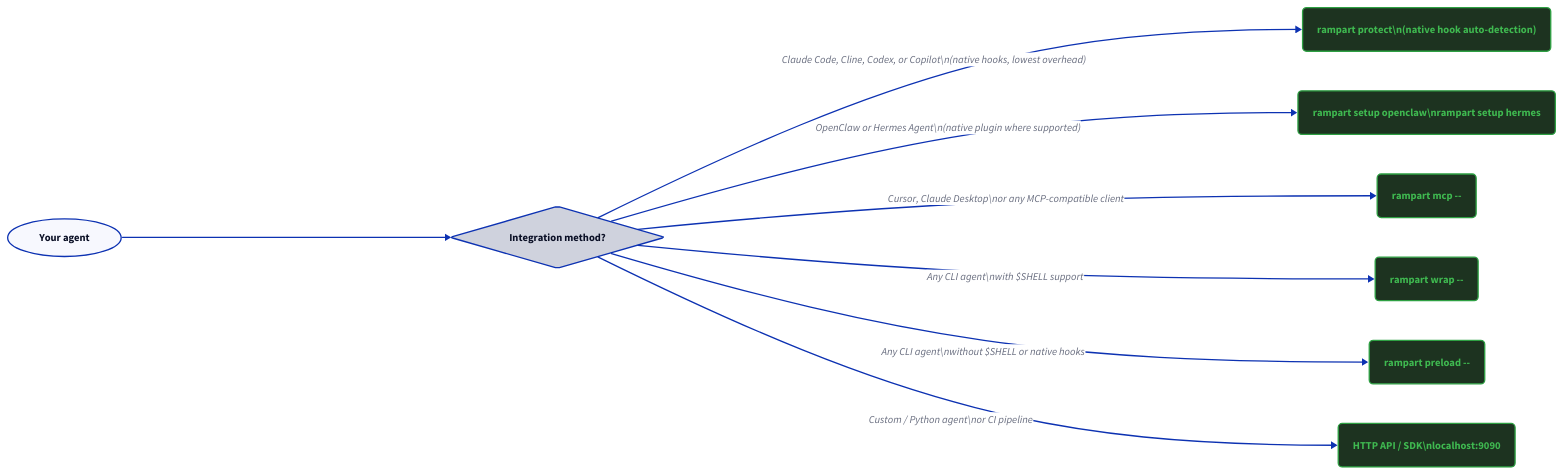
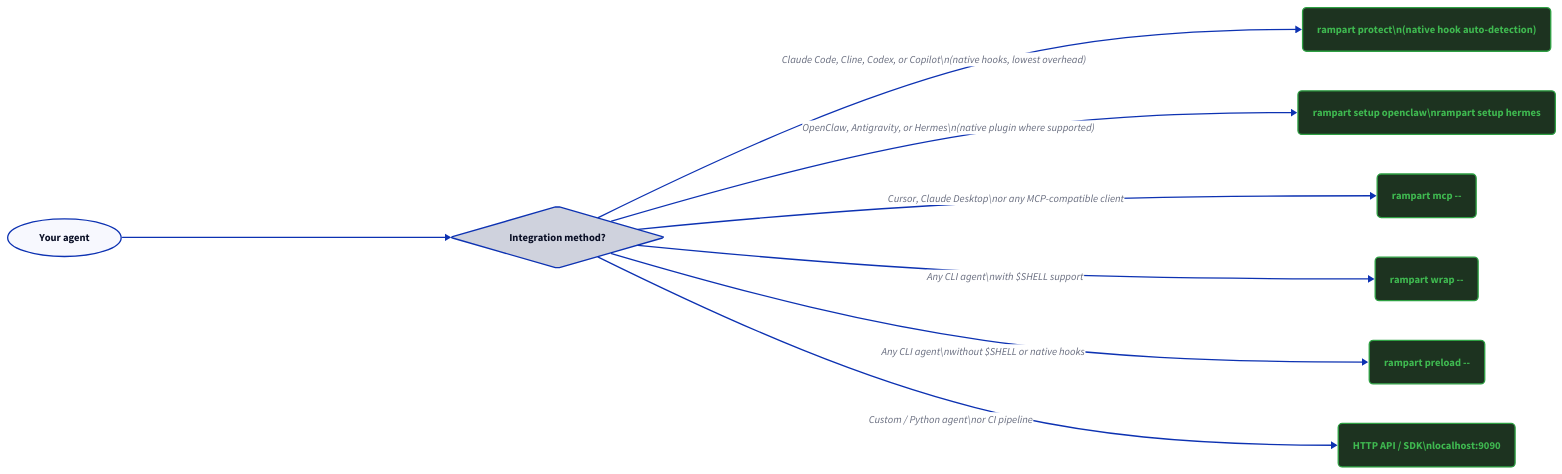
One commit to peg/rampart changed the diagram in docs-site/integrations/index.md. Above: the diagram before and after it, drawn with D2. The commit also changed other lines of this file and 33 other files, not shown here.

````diff
--- a/docs-site/integrations/index.md
+++ b/docs-site/integrations/index.md
@@ -62,35 +64,35 @@
 ```d2
 direction: right
 
 start: "Your agent" {shape: oval}
 
 q: "Integration method?" {shape: diamond}
 
 hooks: "rampart protect\\n(native hook auto-detection)" {
   style.fill: "#1d3320"; style.stroke: "#2ea043"; style.font-color: "#3fb950"; style.border-radius: 6
 }
 shim: "rampart setup openclaw\\nrampart setup hermes" {
   style.fill: "#1d3320"; style.stroke: "#2ea043"; style.font-color: "#3fb950"; style.border-radius: 6
 }
 mcp: "rampart mcp --" {
   style.fill: "#1d3320"; style.stroke: "#2ea043"; style.font-color: "#3fb950"; style.border-radius: 6
 }
 wrap: "rampart wrap --" {
   style.fill: "#1d3320"; style.stroke: "#2ea043"; style.font-color: "#3fb950"; style.border-radius: 6
 }
 preload: "rampart preload --" {
   style.fill: "#1d3320"; style.stroke: "#2ea043"; style.font-color: "#3fb950"; style.border-radius: 6
 }
 api: "HTTP API / SDK\\nlocalhost:9090" {
   style.fill: "#1d3320"; style.stroke: "#2ea043"; style.font-color: "#3fb950"; style.border-radius: 6
 }
 
 start -> q
 
 q -> hooks: "Claude Code, Cline, Codex, or Copilot\\n(native hooks, lowest overhead)"
-q -> shim: "OpenClaw or Hermes Agent\\n(native plugin where supported)"
+q -> shim: "OpenClaw, Antigravity, or Hermes\\n(native plugin where supported)"
 q -> mcp: "Cursor, Claude Desktop\\nor any MCP-compatible client"
 q -> wrap: "Any CLI agent\\nwith \$SHELL support"
 q -> preload: "Any CLI agent\\nwithout \$SHELL or native hooks"
 q -> api: "Custom / Python agent\\nor CI pipeline"
 ```
````
